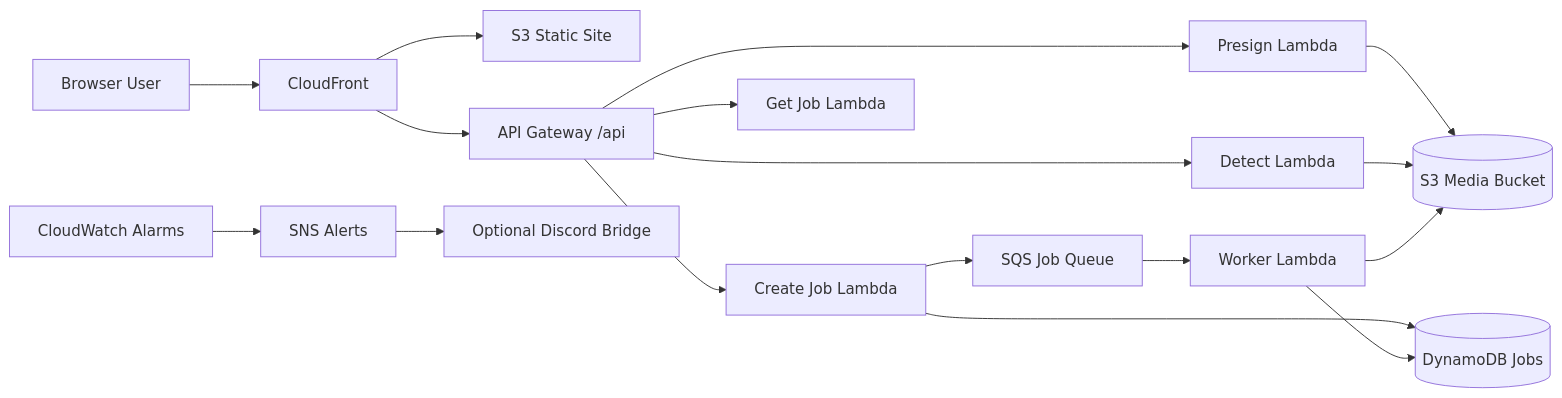
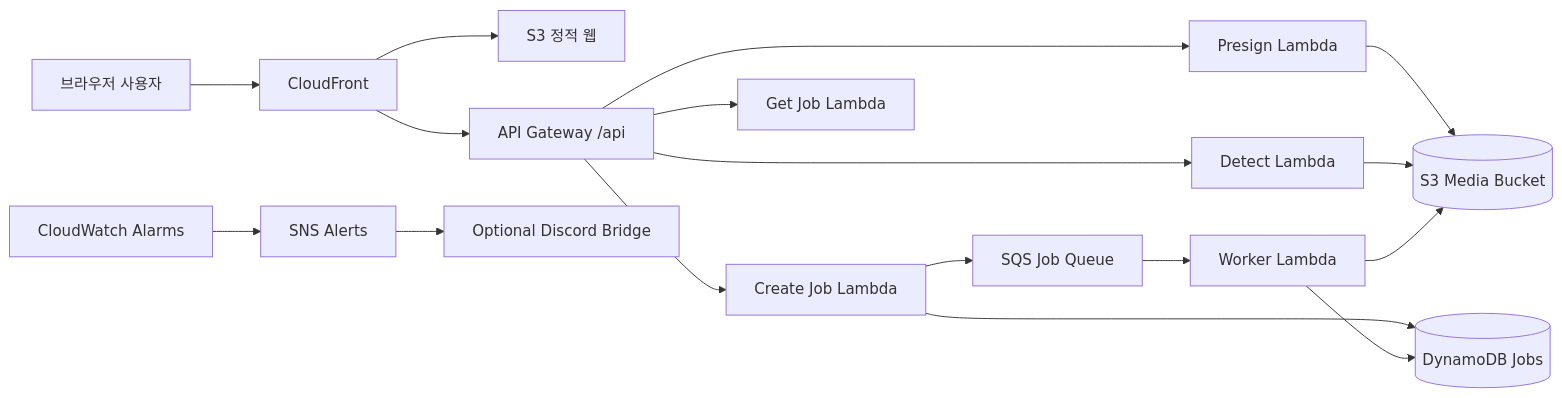
One commit to kimdogyeom/faceswap-running-lambda changed the diagram in README.md. Above: the diagram before and after it, drawn with Mermaid. The commit also changed other lines of this file and 1 other file, not shown here.

````diff
--- a/README.md
+++ b/README.md
@@ -14,19 +16,19 @@
 ```mermaid
 flowchart LR
-    User[Browser User] --> CF[CloudFront]
-    CF --> S3Site[S3 Static Site]
+    User[브라우저 사용자] --> CF[CloudFront]
+    CF --> S3Site[S3 정적 웹]
     CF --> APIGW[API Gateway /api]
     APIGW --> Presign[Presign Lambda]
     APIGW --> Detect[Detect Lambda]
     APIGW --> CreateJob[Create Job Lambda]
     APIGW --> GetJob[Get Job Lambda]
     Presign --> Media[(S3 Media Bucket)]
     Detect --> Media
     CreateJob --> Jobs[(DynamoDB Jobs)]
     CreateJob --> Queue[SQS Job Queue]
     Queue --> Worker[Worker Lambda]
     Worker --> Media
     Worker --> Jobs
     Alarm[CloudWatch Alarms] --> SNS[SNS Alerts]
     SNS --> Discord[Optional Discord Bridge]
 ```
````
